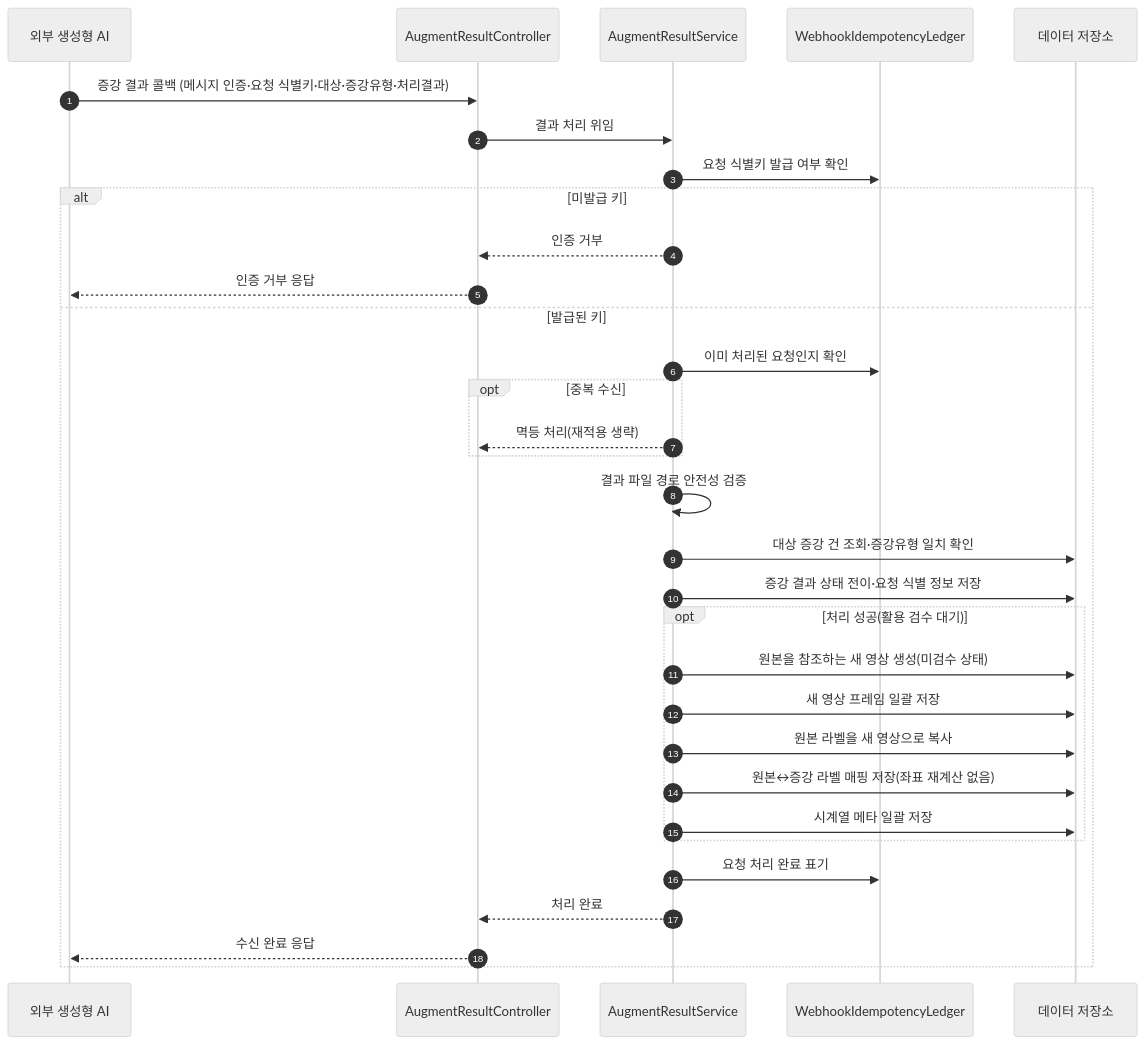
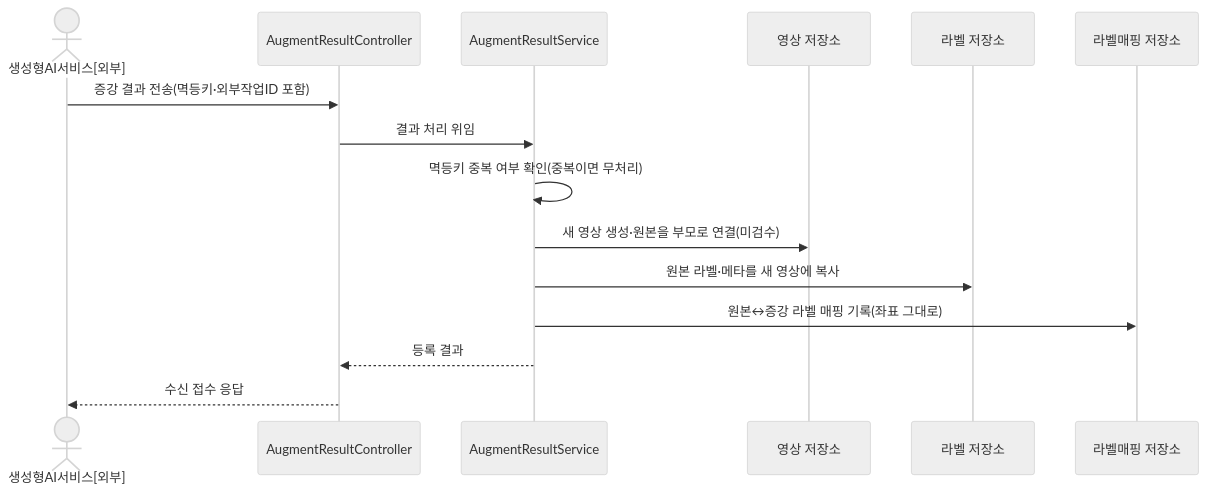
The second of 36 diagrams in docs/design/D1-클래스설계서.md (New-stella/klid-label), drawn with Mermaid (neutral theme) before and after one commit. The commit also changed other lines of this file and 7 other files, not shown here.

````diff
--- a/docs/design/D1-클래스설계서.md
+++ b/docs/design/D1-클래스설계서.md
@@ -285,34 +265,17 @@
 ```mermaid
 sequenceDiagram
-    autonumber
-    participant EX as 외부 생성형 AI
-    participant ARC as AugmentResultController
-    participant ARS as AugmentResultService
-    participant LG as WebhookIdempotencyLedger
-    participant DB as 데이터 저장소
-    EX->>ARC: 증강 결과 콜백 (메시지 인증·요청 식별키·대상·증강유형·처리결과)
-    ARC->>ARS: 결과 처리 위임
-    ARS->>LG: 요청 식별키 발급 여부 확인
-    alt 미발급 키
-        ARS-->>ARC: 인증 거부
-        ARC-->>EX: 인증 거부 응답
-    else 발급된 키
-        ARS->>LG: 이미 처리된 요청인지 확인
-        opt 중복 수신
-            ARS-->>ARC: 멱등 처리(재적용 생략)
-        end
-        ARS->>ARS: 결과 파일 경로 안전성 검증
-        ARS->>DB: 대상 증강 건 조회·증강유형 일치 확인
-        ARS->>DB: 증강 결과 상태 전이·요청 식별 정보 저장
-        opt 처리 성공(활용 검수 대기)
-            ARS->>DB: 원본을 참조하는 새 영상 생성(미검수 상태)
-            ARS->>DB: 새 영상 프레임 일괄 저장
-            ARS->>DB: 원본 라벨을 새 영상으로 복사
-            ARS->>DB: 원본↔증강 라벨 매핑 저장(좌표 재계산 없음)
-            ARS->>DB: 시계열 메타 일괄 저장
-        end
-        ARS->>LG: 요청 처리 완료 표기
-        ARS-->>ARC: 처리 완료
-        ARC-->>EX: 수신 완료 응답
-    end
+    actor G as 생성형AI서비스[외부]
+    participant C as AugmentResultController
+    participant S as AugmentResultService
+    participant V as 영상 저장소
+    participant L as 라벨 저장소
+    participant M as 라벨매핑 저장소
+    G->>C: 증강 결과 전송(멱등키·외부작업ID 포함)
+    C->>S: 결과 처리 위임
+    S->>S: 멱등키 중복 여부 확인(중복이면 무처리)
+    S->>V: 새 영상 생성·원본을 부모로 연결(미검수)
+    S->>L: 원본 라벨·메타를 새 영상에 복사
+    S->>M: 원본↔증강 라벨 매핑 기록(좌표 그대로)
+    S-->>C: 등록 결과
+    C-->>G: 수신 접수 응답
 ```
````
